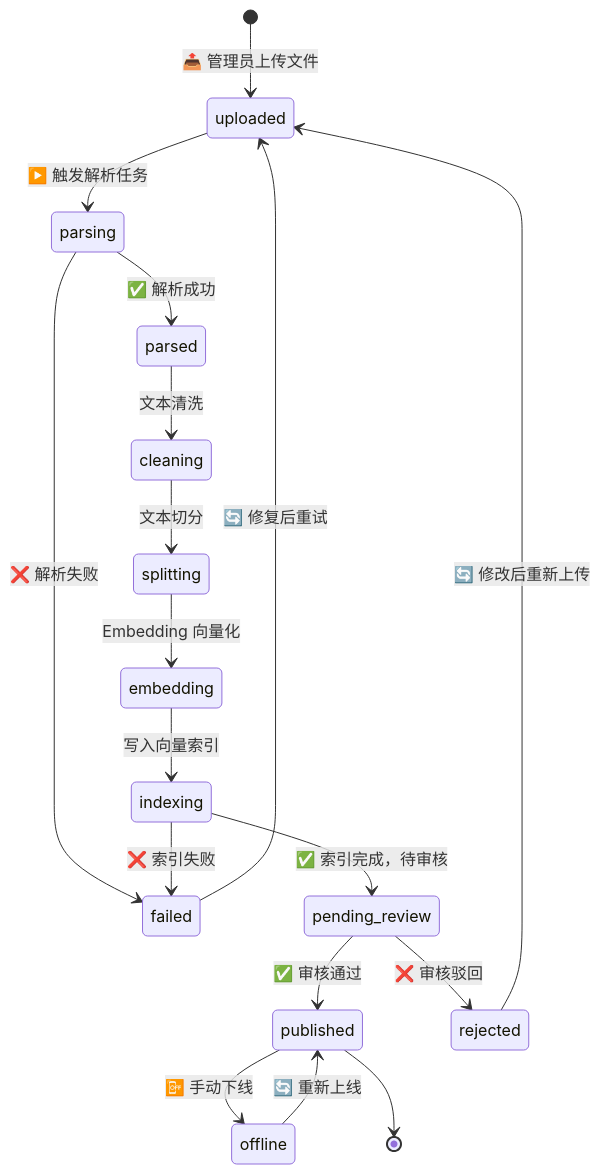
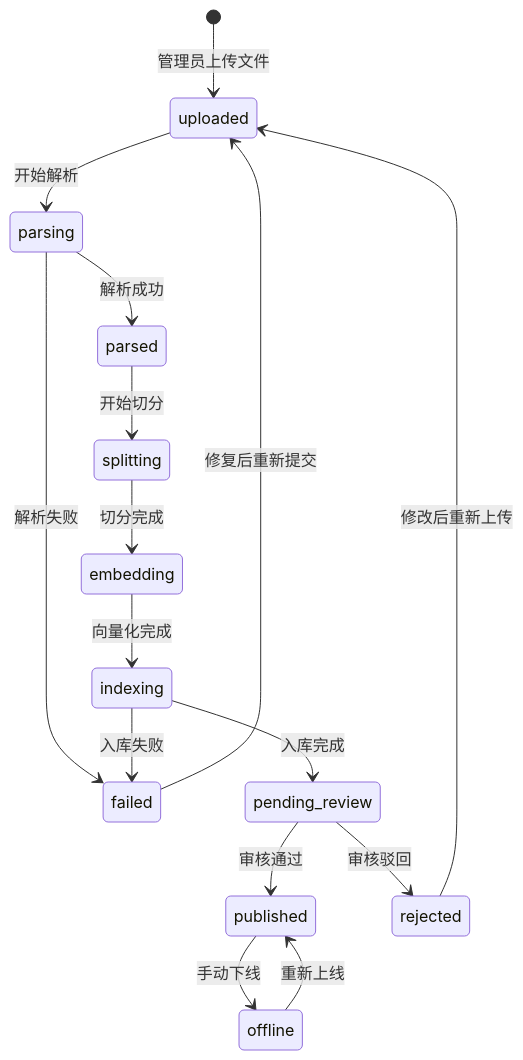
One commit to evanwusibin/auto-carcrm changed the first of 2 diagrams in flows/04_状态流转/01_知识文档状态流转.md. Above: the diagram before and after it, drawn with Mermaid. The commit also changed other lines of this file and 229 other files, not shown here.

````diff
--- a/flows/04_状态流转/01_知识文档状态流转.md
+++ b/flows/04_状态流转/01_知识文档状态流转.md
@@ -9,27 +9,22 @@
 ```mermaid
 stateDiagram-v2
-    [*] --> uploaded : 📤 管理员上传文件
+    [*] --> uploaded : 管理员上传文件
+    uploaded --> parsing : 开始解析
+    parsing --> parsed : 解析成功
+    parsing --> failed : 解析失败
 
-    uploaded --> parsing : ▶️ 触发解析任务
-    parsing --> parsed : ✅ 解析成功
-    parsing --> failed : ❌ 解析失败
+    parsed --> splitting : 开始切分
+    splitting --> embedding : 切分完成
+    embedding --> indexing : 向量化完成
+    indexing --> pending_review : 入库完成
+    indexing --> failed : 入库失败
 
-    parsed --> cleaning : 文本清洗
-    cleaning --> splitting : 文本切分
-    splitting --> embedding : Embedding 向量化
-    embedding --> indexing : 写入向量索引
+    pending_review --> published : 审核通过
+    pending_review --> rejected : 审核驳回
 
-    indexing --> pending_review : ✅ 索引完成，待审核
-    indexing --> failed : ❌ 索引失败
+    rejected --> uploaded : 修改后重新上传
+    failed --> uploaded : 修复后重新提交
 
-    pending_review --> published : ✅ 审核通过
-    pending_review --> rejected : ❌ 审核驳回
-
-    rejected --> uploaded : 🔄 修改后重新上传
-    failed --> uploaded : 🔄 修复后重试
-
-    published --> offline : 📴 手动下线
-    offline --> published : 🔄 重新上线
-
-    published --> [*]
+    published --> offline : 手动下线
+    offline --> published : 重新上线
 ```
````
